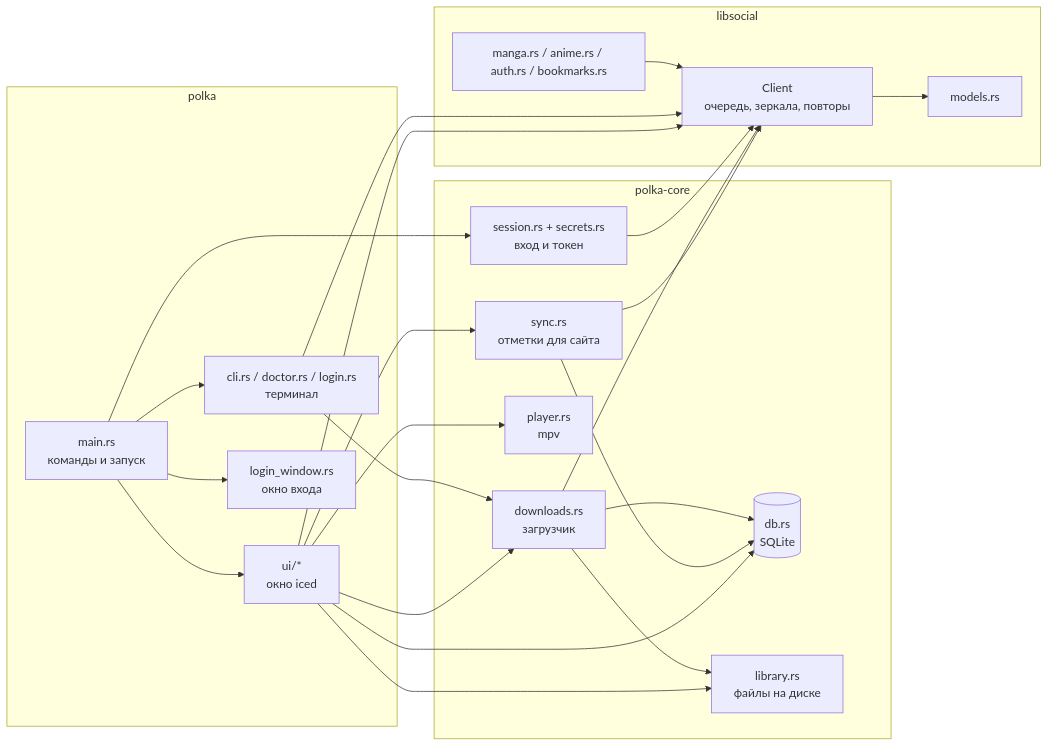
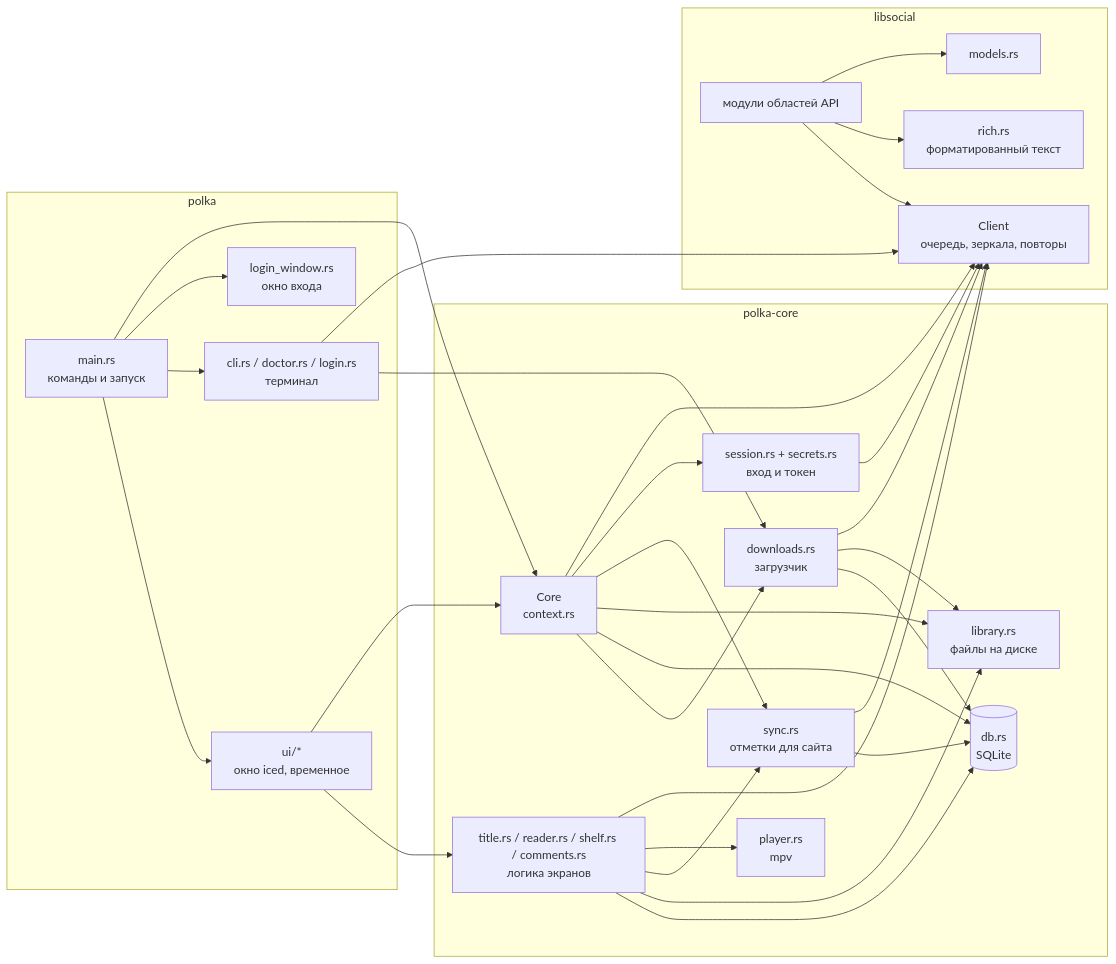
The first of 2 diagrams in docs/architecture.md (Alastor1991/Polka-mangalib-desktop_unofficial-), drawn with Mermaid before and after one commit. The commit also changed other lines of this file and 14 other files, not shown here.

````diff
--- a/docs/architecture.md
+++ b/docs/architecture.md
@@ -19,30 +19,34 @@
 ```mermaid
 flowchart LR
     subgraph polka
         main[main.rs<br/>команды и запуск]
-        ui[ui/*<br/>окно iced]
+        ui[ui/*<br/>окно iced, временное]
         cli[cli.rs / doctor.rs / login.rs<br/>терминал]
         lw[login_window.rs<br/>окно входа]
     end
     subgraph polka-core
+        core[Core<br/>context.rs]
+        screens[title.rs / reader.rs / shelf.rs / comments.rs<br/>логика экранов]
         dl[downloads.rs<br/>загрузчик]
         db[(db.rs<br/>SQLite)]
         lib[library.rs<br/>файлы на диске]
         sess[session.rs + secrets.rs<br/>вход и токен]
         player[player.rs<br/>mpv]
         sync[sync.rs<br/>отметки для сайта]
     end
     subgraph libsocial
         client[Client<br/>очередь, зеркала, повторы]
-        api[manga.rs / anime.rs / auth.rs / bookmarks.rs]
+        api[модули областей API]
+        rich[rich.rs<br/>форматированный текст]
         models[models.rs]
     end
-    main --> ui & cli & sess & lw
-    ui --> dl & db & lib & player & sync & client
+    main --> ui & cli & lw & core
+    ui --> screens & core
+    cli --> dl & client
+    core --> dl & db & lib & sync & sess & client
+    screens --> db & lib & sync & player & client
     sync --> db & client
-    cli --> dl & client
     dl --> db & lib & client
     sess --> client
-    api --> client
-    client --> models
+    api --> client & rich & models
 ```
````
